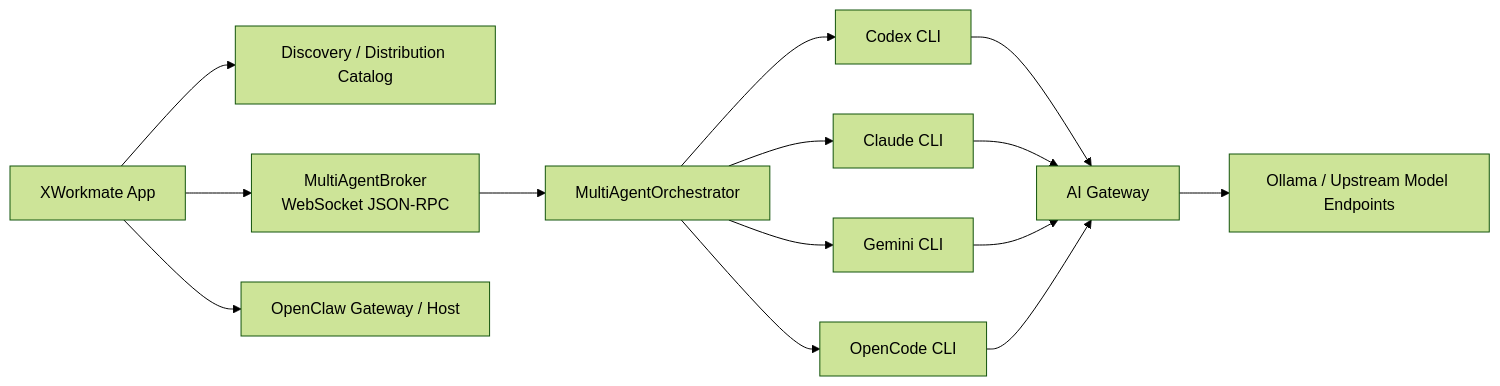
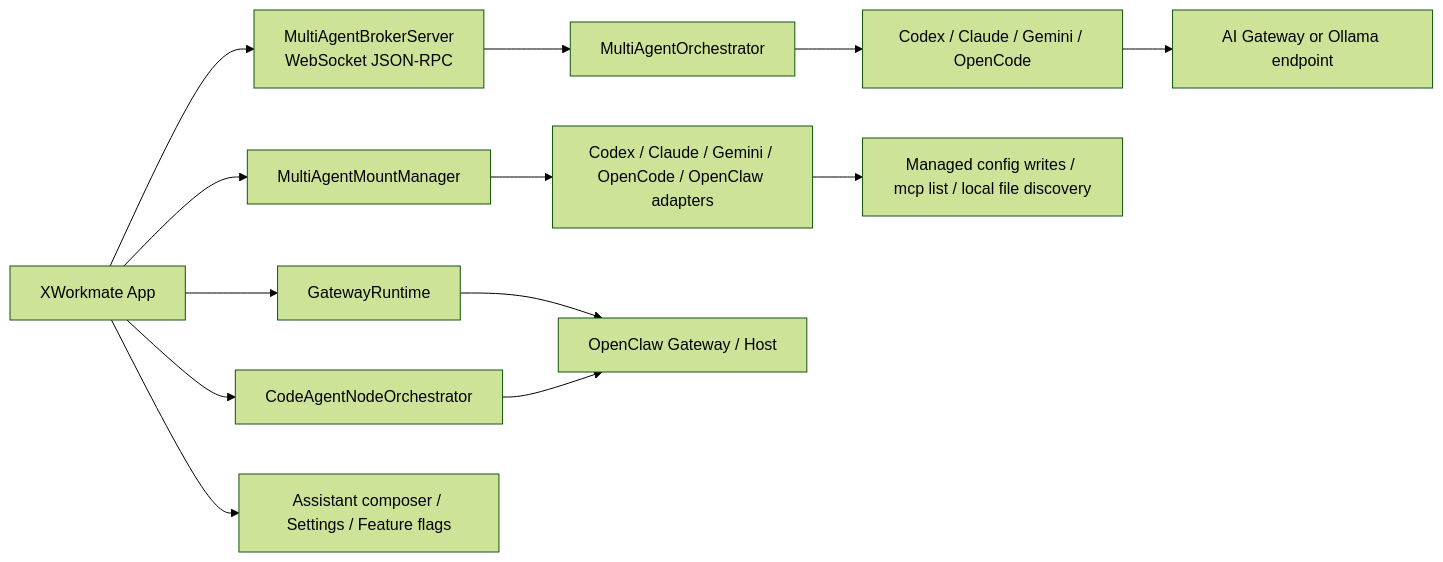
One commit to ai-workspace-lab/xworkmate-app changed the diagram in docs/architecture/xworkmate-integrations.md. Above: the diagram before and after it, drawn with Mermaid (forest theme). The commit also changed other lines of this file and 4 other files, not shown here.

Commit message:
docs: clarify architecture baselines

````diff
--- a/docs/architecture/xworkmate-integrations.md
+++ b/docs/architecture/xworkmate-integrations.md
@@ -15,16 +24,18 @@
 ```mermaid
 flowchart LR
-    X["XWorkmate App"] --> D["Discovery / Distribution Catalog"]
-    X --> B["MultiAgentBroker<br/>WebSocket JSON-RPC"]
-    X --> G["OpenClaw Gateway / Host"]
-    B --> O["MultiAgentOrchestrator"]
-    O --> C["Codex CLI"]
-    O --> L["Claude CLI"]
-    O --> M["Gemini CLI"]
-    O --> P["OpenCode CLI"]
-    C --> A["AI Gateway"]
-    L --> A
-    M --> A
-    P --> A
-    A --> OL["Ollama / Upstream Model Endpoints"]
+    X["XWorkmate App"] --> GR["GatewayRuntime"]
+    X --> BM["MultiAgentBrokerServer<br/>WebSocket JSON-RPC"]
+    X --> MM["MultiAgentMountManager"]
+    X --> NO["CodeAgentNodeOrchestrator"]
+    X --> UI["Assistant composer / Settings / Feature flags"]
+
+    BM --> O["MultiAgentOrchestrator"]
+    O --> C["Codex / Claude / Gemini / OpenCode"]
+
+    MM --> MA["Codex / Claude / Gemini / OpenCode / OpenClaw adapters"]
+    MA --> CFG["Managed config writes / mcp list / local file discovery"]
+
+    GR --> G["OpenClaw Gateway / Host"]
+    NO --> G
+    C --> A["AI Gateway or Ollama endpoint"]
 ```
````
